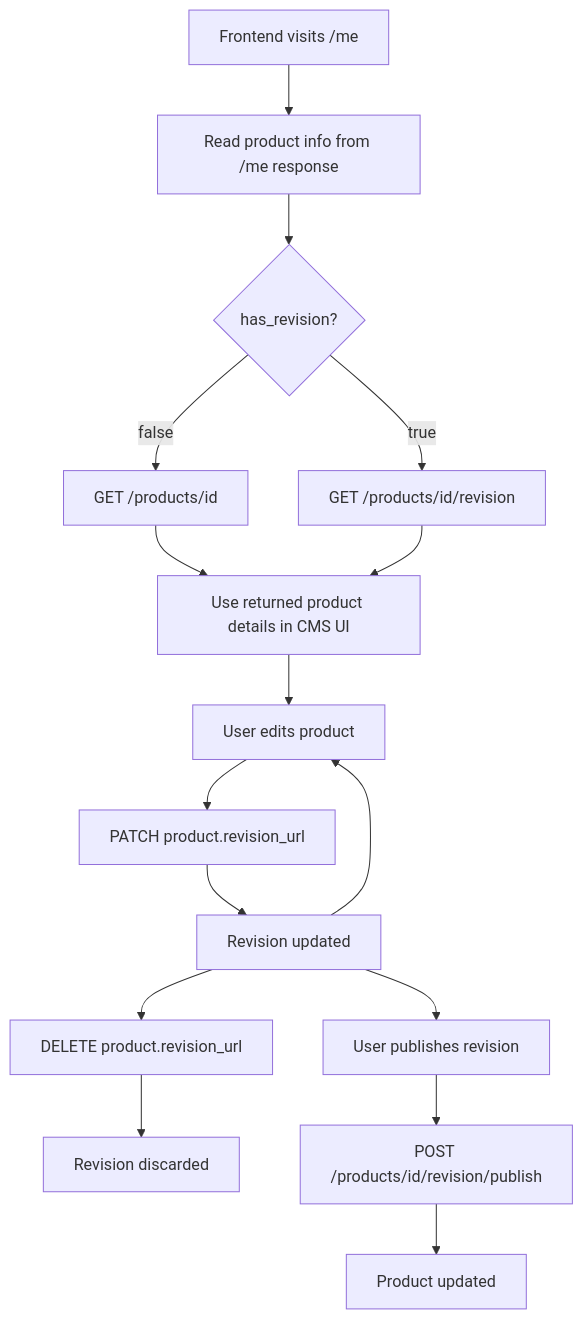
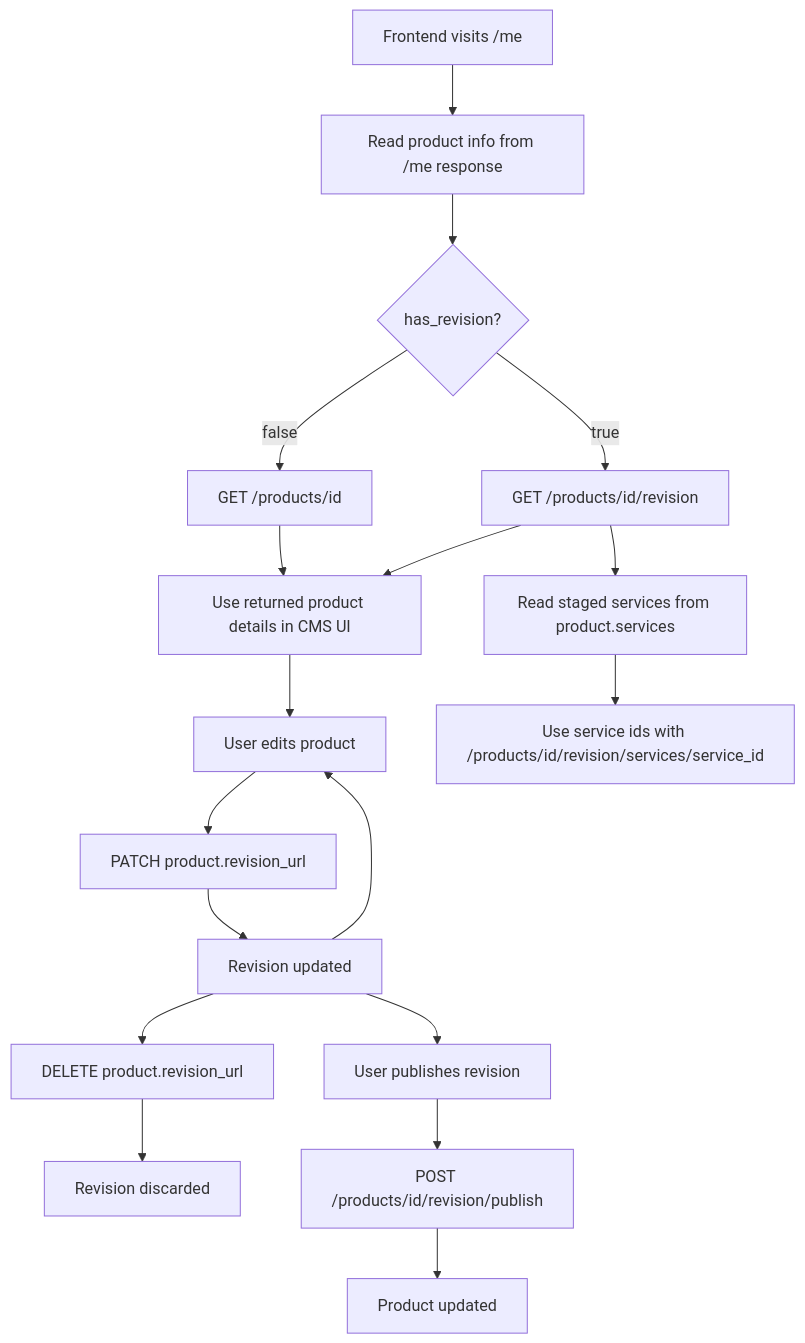
One commit to Amsterdam/beheeromgeving-catalogus changed the diagram in src/docs/frontend-product-revision-workflow.md. Above: the diagram before and after it, drawn with Mermaid. The commit also changed other lines of this file and 2 other files, not shown here.

````diff
--- a/src/docs/frontend-product-revision-workflow.md
+++ b/src/docs/frontend-product-revision-workflow.md
@@ -3,23 +3,26 @@
 ```mermaid
 flowchart TD
     A[Frontend visits /me] --> B[Read product info from /me response]
     B --> C{has_revision?}
 
     C -- false --> D[GET /products/id]
     C -- true --> E[GET /products/id/revision]
 
     D --> F[Use returned product details in CMS UI]
     E --> F
 
     F --> G[User edits product]
     G --> H[PATCH product.revision_url]
     H --> I[Revision updated]
 
+    E --> O[Read staged services from product.services]
+    O --> P[Use service ids with /products/id/revision/services/service_id]
+
     I --> G
     I --> M[DELETE product.revision_url]
     M --> N[Revision discarded]
 
     I --> J[User publishes revision]
     J --> K[POST /products/id/revision/publish]
     K --> L[Product updated]
 ```
````
